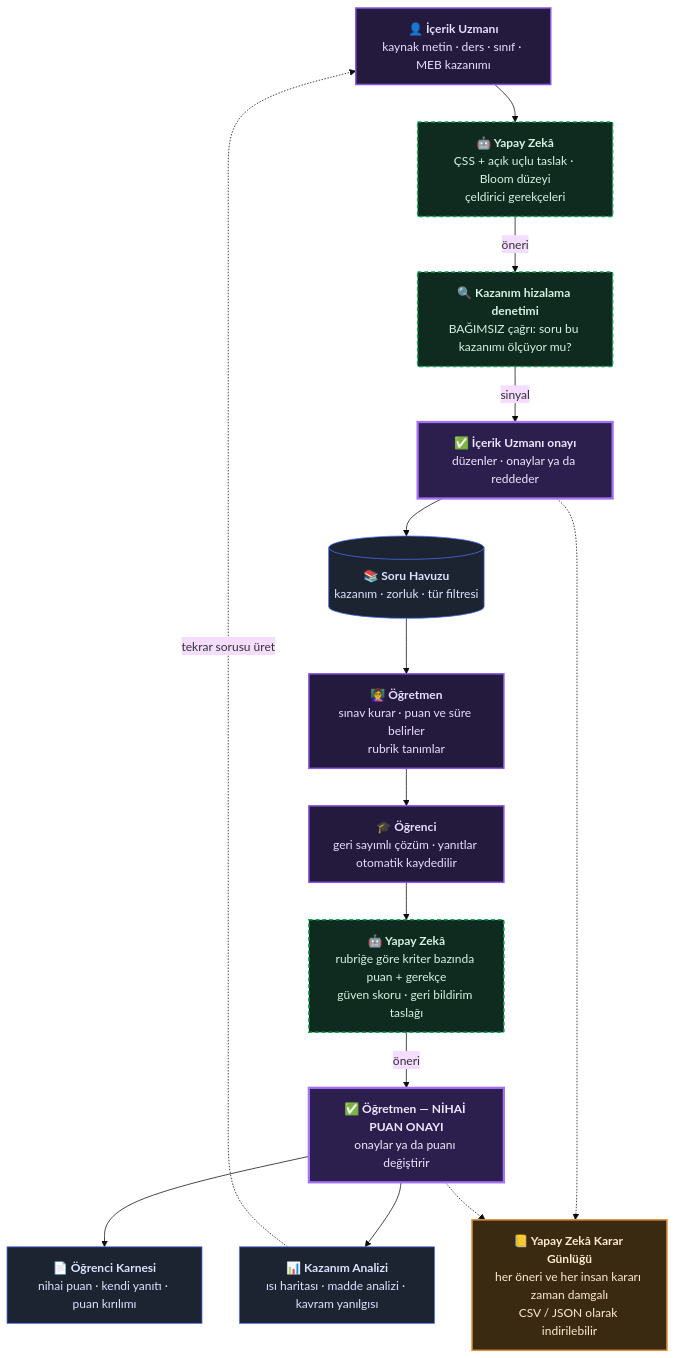
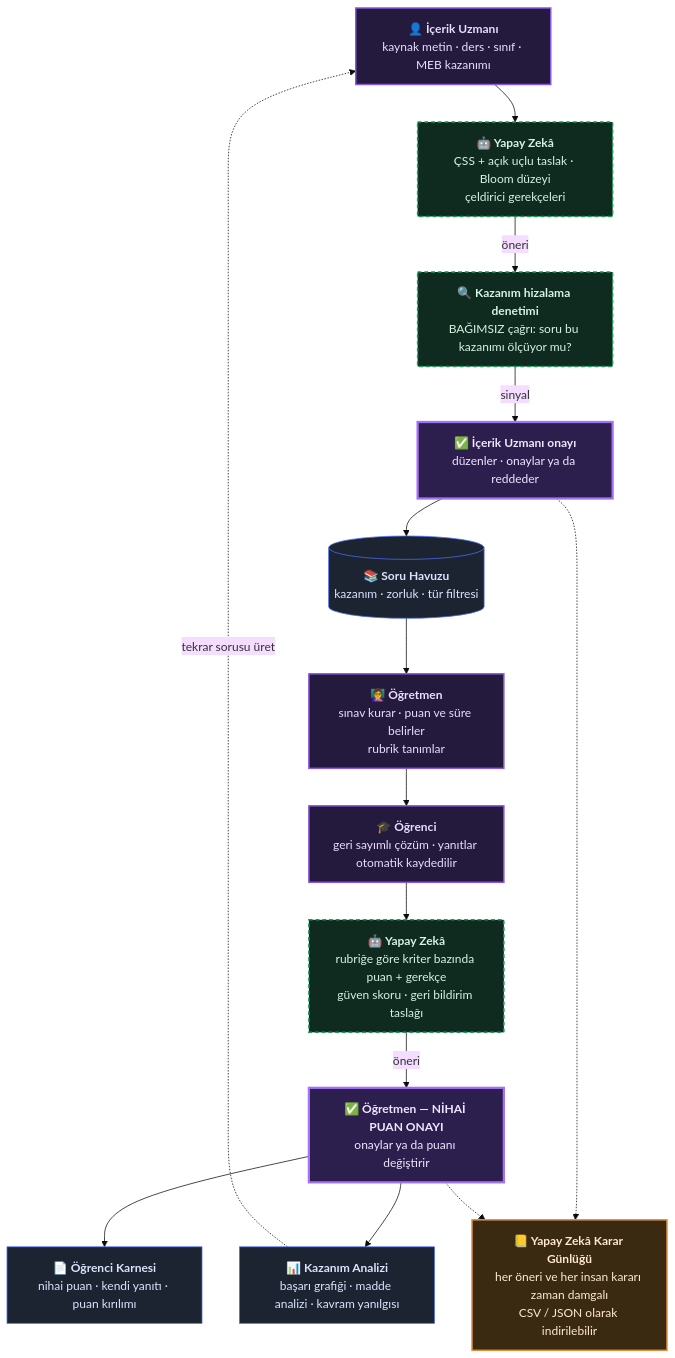
One commit to EsatKaratas/mihenk changed the diagram in README.md. Above: the diagram before and after it, drawn with Mermaid (base theme). The commit also changed other lines of this file and 11 other files, not shown here.

````diff
--- a/README.md
+++ b/README.md
@@ -123,45 +125,45 @@
 ```mermaid
 flowchart TD
     A["`**👤 İçerik Uzmanı**
 kaynak metin · ders · sınıf · MEB kazanımı`"] --> B
     B["`**🤖 Yapay Zekâ**
 ÇSS + açık uçlu taslak · Bloom düzeyi
 çeldirici gerekçeleri`"] -->|öneri| K
     K["`**🔍 Kazanım hizalama denetimi**
 BAĞIMSIZ çağrı: soru bu kazanımı ölçüyor mu?`"] -->|sinyal| C
     C["`**✅ İçerik Uzmanı onayı**
 düzenler · onaylar ya da reddeder`"] --> D[("`**📚 Soru Havuzu**
 kazanım · zorluk · tür filtresi`")]
     D --> E["`**👩‍🏫 Öğretmen**
 sınav kurar · puan ve süre belirler
 rubrik tanımlar`"]
     E --> F["`**🎓 Öğrenci**
 geri sayımlı çözüm · yanıtlar otomatik kaydedilir`"]
     F --> G
     G["`**🤖 Yapay Zekâ**
 rubriğe göre kriter bazında puan + gerekçe
 güven skoru · geri bildirim taslağı`"] -->|öneri| H
     H["`**✅ Öğretmen — NİHAİ PUAN ONAYI**
 onaylar ya da puanı değiştirir`"] --> I["`**📄 Öğrenci Karnesi**
 nihai puan · kendi yanıtı · puan kırılımı`"]
     H --> J["`**📊 Kazanım Analizi**
-ısı haritası · madde analizi · kavram yanılgısı`"]
+başarı grafiği · madde analizi · kavram yanılgısı`"]
     J -.->|"tekrar sorusu üret"| A
 
     C -.-> L
     H -.-> L
     L["`**📒 Yapay Zekâ Karar Günlüğü**
 her öneri ve her insan kararı zaman damgalı
 CSV / JSON olarak indirilebilir`"]
 
     classDef ai fill:#0f2a1e,stroke:#0f9d58,stroke-width:2px,stroke-dasharray:5 4,color:#d8f3e4
     classDef insan fill:#241a3d,stroke:#8957e5,stroke-width:2px,color:#e9ddff
     classDef onay fill:#2d1f4d,stroke:#a371f7,stroke-width:3px,color:#f0e6ff
     classDef veri fill:#1b2430,stroke:#4c6ef5,color:#dbe4ff
     classDef iz fill:#3a2a12,stroke:#e0913f,stroke-width:2px,color:#ffe9cf
     class B,G,K ai
     class A,E,F insan
     class C,H onay
     class D,I,J veri
     class L iz
 ```
````
